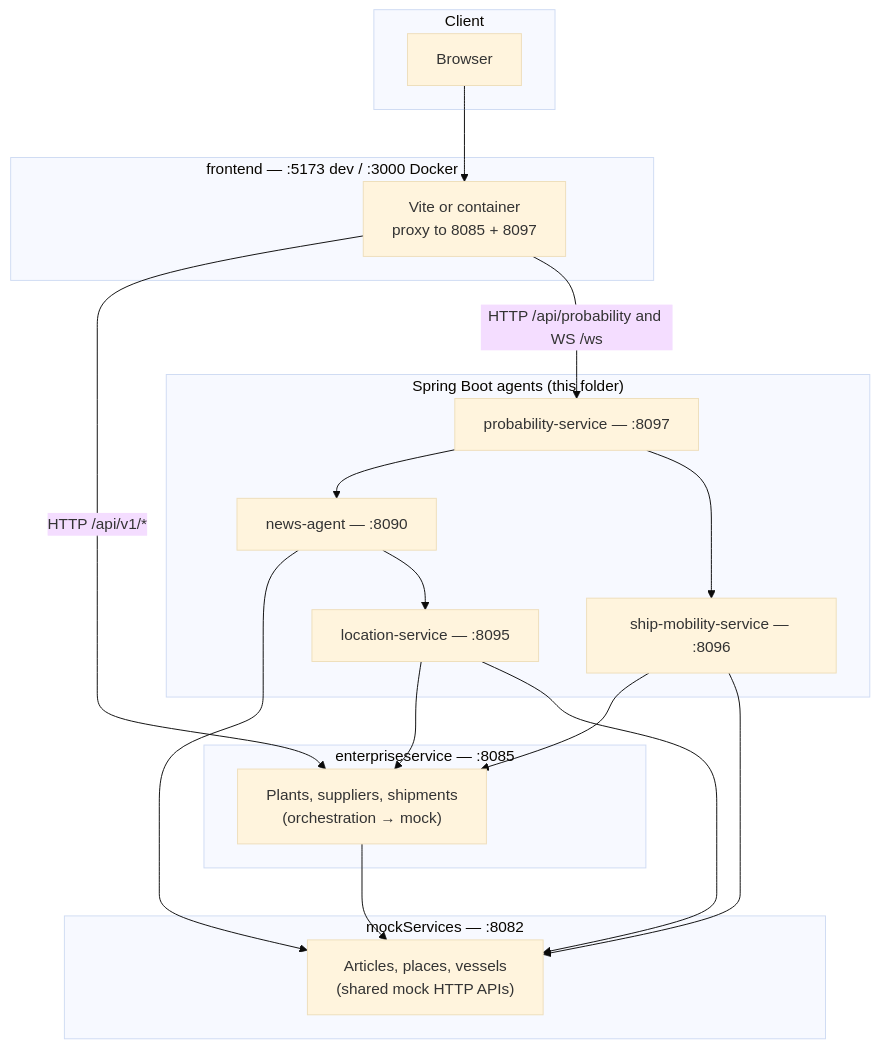
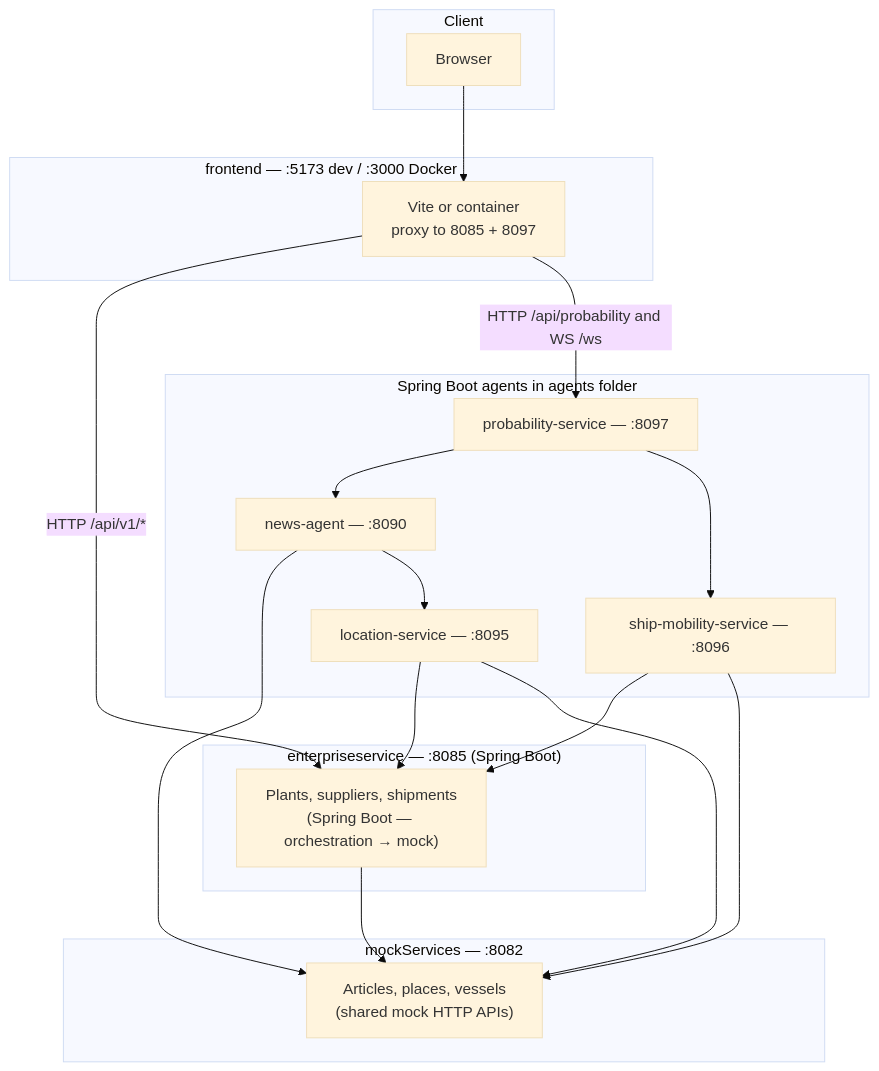
One commit to balajimurugesan2016/CursorHackathon changed the first of 3 diagrams in agents/readme.md. Above: the diagram before and after it, drawn with Mermaid (base theme). The commit also changed other lines of this file, not shown here.

Commit message:
docs(agents): clarify enterpriseservice as Spring Boot, trim mock readme
- Label enterpriseservice as Spring Boot in intro, flowchart, and class diagram.
- Rename agents subgraph for folder clarity.
- Remove optional MockArticlesDynamicService note from agents readme.

Made-with: Cursor

````diff
--- a/agents/readme.md
+++ b/agents/readme.md
@@ -7,39 +7,39 @@
 ```mermaid
 flowchart TB
   subgraph Client["Client"]
     B["Browser"]
   end
 
   subgraph UI["frontend — :5173 dev / :3000 Docker"]
     Vite["Vite or container\nproxy to 8085 + 8097"]
   end
 
   subgraph Mock["mockServices — :8082"]
     M["Articles, places, vessels\n(shared mock HTTP APIs)"]
   end
 
-  subgraph Ent["enterpriseservice — :8085"]
-    E["Plants, suppliers, shipments\n(orchestration → mock)"]
+  subgraph Ent["enterpriseservice — :8085 (Spring Boot)"]
+    E["Plants, suppliers, shipments\n(Spring Boot — orchestration → mock)"]
   end
 
-  subgraph Agents["Spring Boot agents (this folder)"]
+  subgraph Agents["Spring Boot agents in agents folder"]
     N["news-agent — :8090"]
     L["location-service — :8095"]
     V["ship-mobility-service — :8096"]
     P["probability-service — :8097"]
   end
 
   B --> Vite
   Vite -->|HTTP /api/v1/*| E
   Vite -->|HTTP /api/probability and WS /ws| P
 
   P --> N
   P --> V
   N --> M
   N --> L
   L --> E
   L --> M
   V --> E
   V --> M
   E --> M
 ```
````
